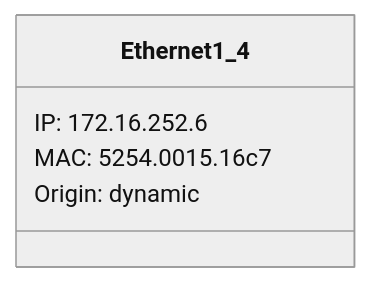
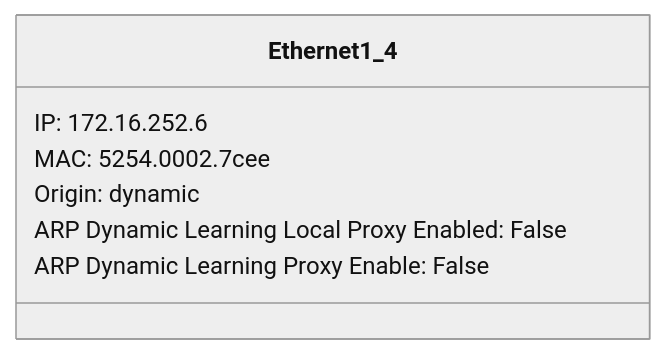
One commit to automateyournetwork/pyYAHTS changed the second of 9 diagrams in Examples/NXOS/dist-sw01 arp class.md. Above: the diagram before and after it, drawn with Mermaid (neutral theme). The commit also changed other lines of this file and 36 other files, not shown here.

````diff
--- a/Examples/NXOS/dist-sw01 arp class.md
+++ b/Examples/NXOS/dist-sw01 arp class.md
@@ -10,8 +12,10 @@
 ```mermaid
 classDiagram
 class Ethernet1_4{
 IP: 172.16.252.6
-MAC: 5254.0015.16c7
+MAC: 5254.0002.7cee
 Origin: dynamic
+ARP Dynamic Learning Local Proxy Enabled: False
+ARP Dynamic Learning Proxy Enable: False
 }
 ```
````
